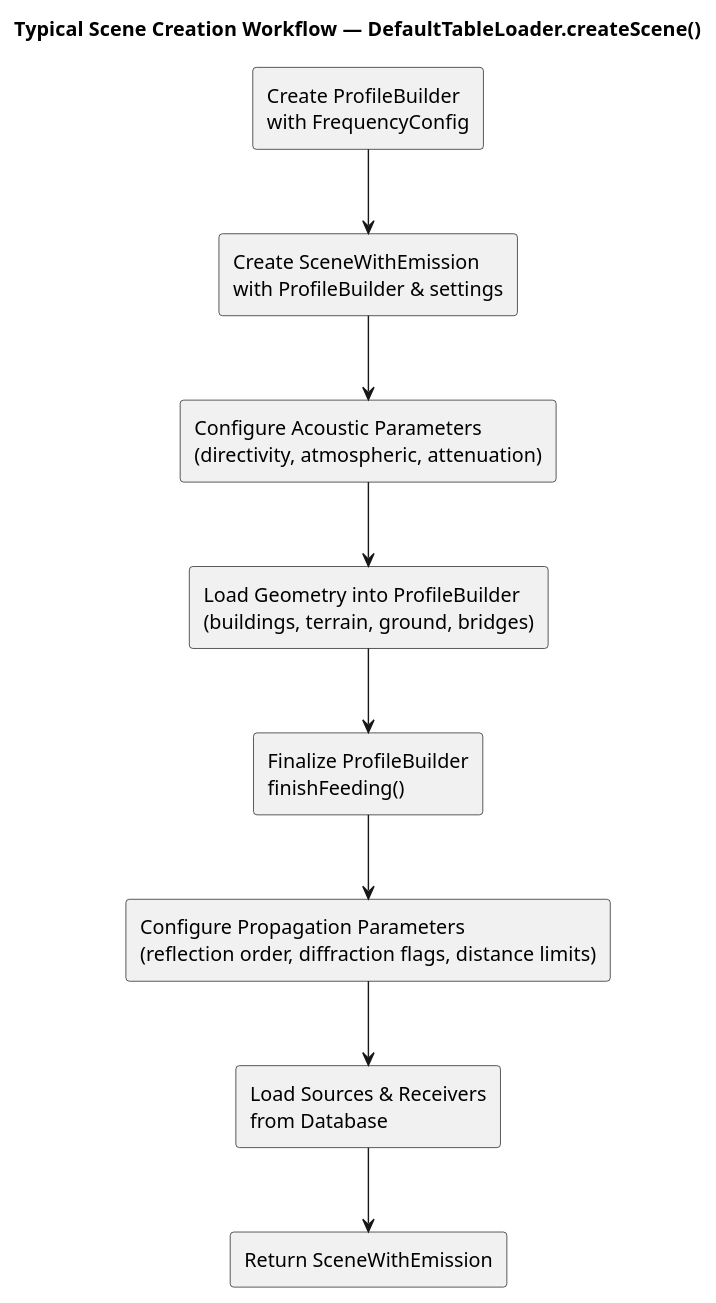
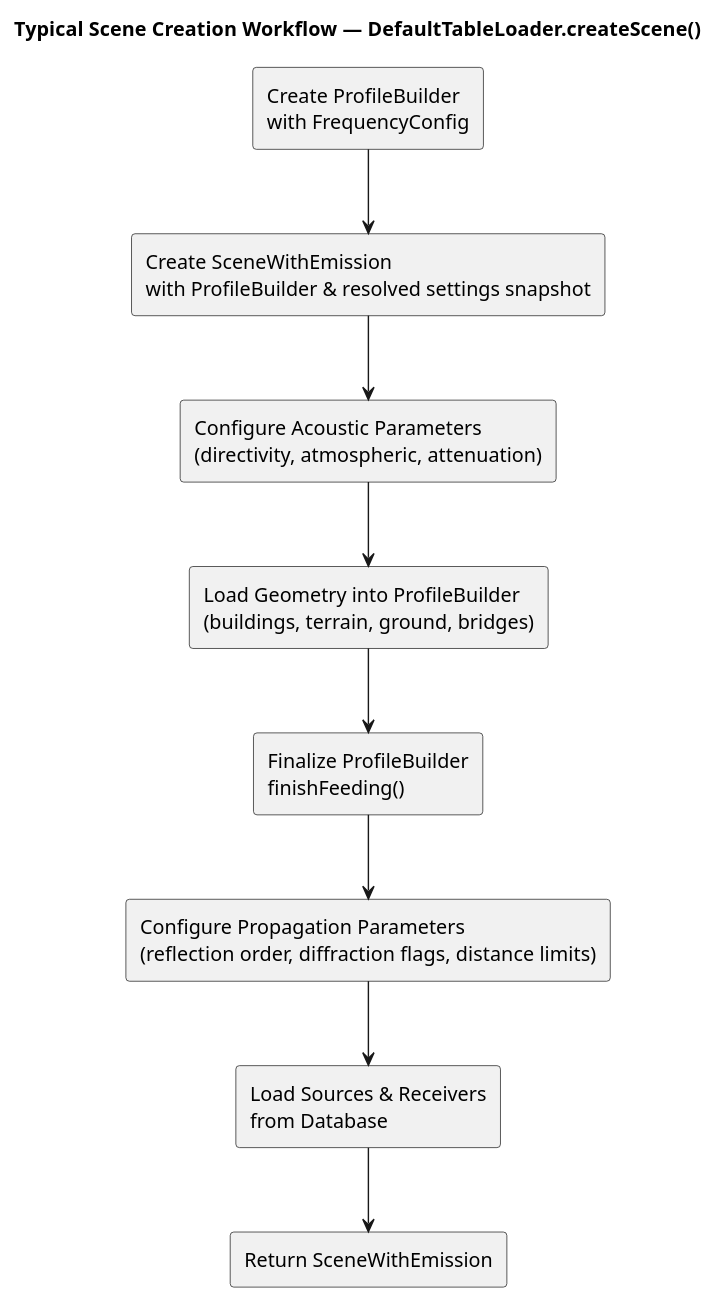
The fifth of 5 diagrams in Docs-dev/scene.md (jtagusari/NoiseModelling), drawn with PlantUML before and after one commit. The commit also changed other lines of this file and 26 other files, not shown here.

````diff
--- a/Docs-dev/scene.md
+++ b/Docs-dev/scene.md
@@ -225,22 +225,22 @@
 ```plantuml
 @startuml
 top to bottom direction
 skinparam componentStyle rectangle
 title Typical Scene Creation Workflow — DefaultTableLoader.createScene()
 
-[Create ProfileBuilder\nwith FrequencyConfig] --> [Create SceneWithEmission\nwith ProfileBuilder & settings]
+[Create ProfileBuilder\nwith FrequencyConfig] --> [Create SceneWithEmission\nwith ProfileBuilder & resolved settings snapshot]
 
-[Create SceneWithEmission\nwith ProfileBuilder & settings] --> [Configure Acoustic Parameters\n(directivity, atmospheric, attenuation)]
+[Create SceneWithEmission\nwith ProfileBuilder & resolved settings snapshot] --> [Configure Acoustic Parameters\n(directivity, atmospheric, attenuation)]
 
 [Configure Acoustic Parameters\n(directivity, atmospheric, attenuation)] --> [Load Geometry into ProfileBuilder\n(buildings, terrain, ground, bridges)]
 
 [Load Geometry into ProfileBuilder\n(buildings, terrain, ground, bridges)] --> [Finalize ProfileBuilder\nfinishFeeding()]
 
 [Finalize ProfileBuilder\nfinishFeeding()] --> [Configure Propagation Parameters\n(reflection order, diffraction flags, distance limits)]
 
 [Configure Propagation Parameters\n(reflection order, diffraction flags, distance limits)] --> [Load Sources & Receivers\nfrom Database]
 
 [Load Sources & Receivers\nfrom Database] --> [Return SceneWithEmission]
 
 @enduml
 ```
````
